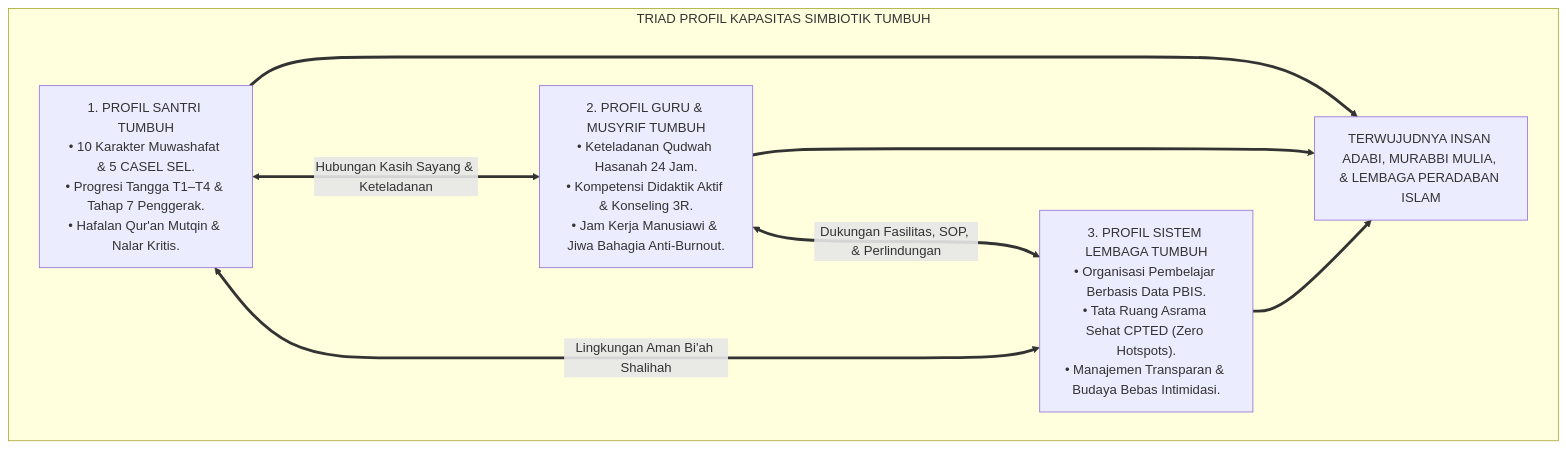
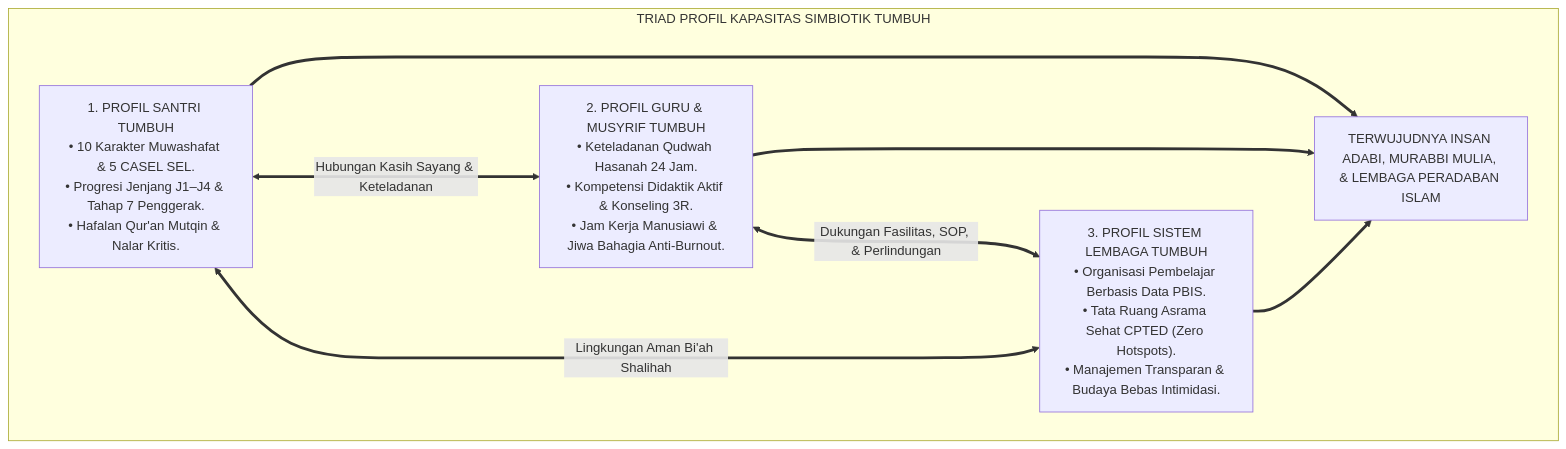
The first of 4 diagrams in 03 Capacity Framework/01 Graduate Profile/P3-01-01-Triad-Profil-Kapasitas.md (wandiapriliyandi/tumbuh), drawn with Mermaid before and after one commit. The commit also changed other lines of this file and 209 other files, not shown here.

````diff
--- a/03 Capacity Framework/01 Graduate Profile/P3-01-01-Triad-Profil-Kapasitas.md
+++ b/03 Capacity Framework/01 Graduate Profile/P3-01-01-Triad-Profil-Kapasitas.md
@@ -58,17 +58,17 @@
 ```mermaid
 flowchart TD
     subgraph ArsitekturTriadProfilKapasitas["TRIAD PROFIL KAPASITAS SIMBIOTIK TUMBUH"]
-        Santri["1. PROFIL SANTRI TUMBUH<br/>• 10 Karakter Muwashafat & 5 CASEL SEL.<br/>• Progresi Tangga T1–T4 & Tahap 7 Penggerak.<br/>• Hafalan Qur'an Mutqin & Nalar Kritis."]
+        Santri["1. PROFIL SANTRI TUMBUH<br/>• 10 Karakter Muwashafat & 5 CASEL SEL.<br/>• Progresi Jenjang J1–J4 & Tahap 7 Penggerak.<br/>• Hafalan Qur'an Mutqin & Nalar Kritis."]
         
         Guru["2. PROFIL GURU & MUSYRIF TUMBUH<br/>• Keteladanan Qudwah Hasanah 24 Jam.<br/>• Kompetensi Didaktik Aktif & Konseling 3R.<br/>• Jam Kerja Manusiawi & Jiwa Bahagia Anti-Burnout."]
         
         Sistem["3. PROFIL SISTEM LEMBAGA TUMBUH<br/>• Organisasi Pembelajar Berbasis Data PBIS.<br/>• Tata Ruang Asrama Sehat CPTED (Zero Hotspots).<br/>• Manajemen Transparan & Budaya Bebas Intimidasi."]
         
         Santri <===>|Hubungan Kasih Sayang & Keteladanan| Guru
         Guru <===>|Dukungan Fasilitas, SOP, & Perlindungan| Sistem
         Sistem <===>|Lingkungan Aman Bi'ah Shalihah| Santri
         
         Pusat["TERWUJUDNYA INSAN ADABI, MURABBI MULIA, & LEMBAGA PERADABAN ISLAM"]
         Santri & Guru & Sistem ==> Pusat
     end
 ```
````
